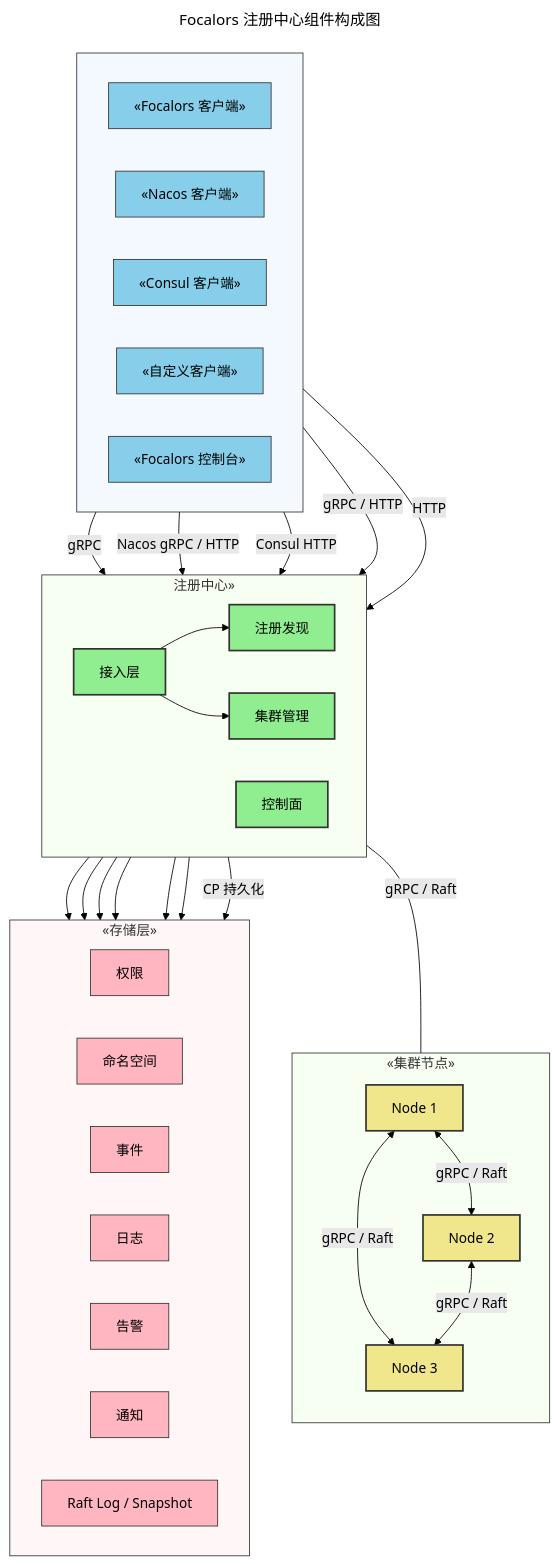
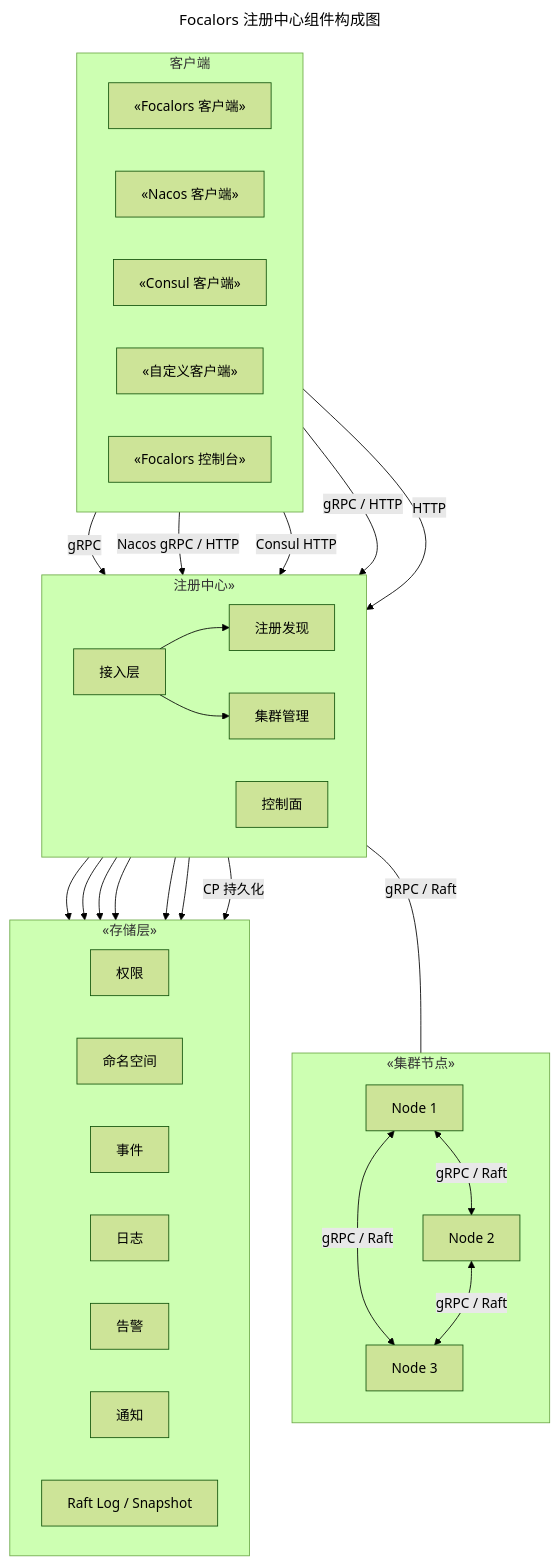
The first of 2 diagrams in README-zh-CN.md (shiyindaxiaojie/eden-microservice), drawn with Mermaid (forest theme) before and after one commit. The commit also changed other lines of this file and 1 other file, not shown here.

````diff
--- a/README-zh-CN.md
+++ b/README-zh-CN.md
@@ -53,7 +30,7 @@
 title: Focalors 注册中心组件构成图
 ---
 flowchart TB
-    subgraph ActiveClients[" "]
+    subgraph ActiveClients["客户端"]
         direction LR
         SDK["«Focalors 客户端»"]
         NACOS["«Nacos 客户端»"]
@@ -109,31 +86,4 @@
     CONTROL --> ALERT
     CONTROL --> NOTICE
     CLUSTER -->|CP 持久化| RAFT
-
-    style ActiveClients fill:#f4f8ff,stroke:#333,stroke-width:1px
-    style SDK fill:#87CEEB,stroke:#333,stroke-width:1px
-    style NACOS fill:#87CEEB,stroke:#333,stroke-width:1px
-    style CONSUL fill:#87CEEB,stroke:#333,stroke-width:1px
-    style CUSTOM fill:#87CEEB,stroke:#333,stroke-width:1px
-    style CONSOLE fill:#87CEEB,stroke:#333,stroke-width:1px
-
-    style REGISTRY fill:#f6fff2,stroke:#333,stroke-width:1px
-    style ACCESS fill:#90EE90,stroke:#333,stroke-width:2px
-    style CATALOG fill:#90EE90,stroke:#333,stroke-width:2px
-    style CONTROL fill:#90EE90,stroke:#333,stroke-width:2px
-    style CLUSTER fill:#90EE90,stroke:#333,stroke-width:2px
-    style PeerNodes fill:#f6fff2,stroke:#333,stroke-width:1px
-    style N1 fill:#F0E68C,stroke:#333,stroke-width:2px
-    style N2 fill:#F0E68C,stroke:#333,stroke-width:2px
-    style N3 fill:#F0E68C,stroke:#333,stroke-width:2px
-
-    style PersistentStore fill:#fff7f7,stroke:#333,stroke-width:1px
-    style RBAC fill:#FFB6C1,stroke:#333,stroke-width:1px
-    style NS fill:#FFB6C1,stroke:#333,stroke-width:1px
-    style EVENT fill:#FFB6C1,stroke:#333,stroke-width:1px
-    style LOG fill:#FFB6C1,stroke:#333,stroke-width:1px
-    style ALERT fill:#FFB6C1,stroke:#333,stroke-width:1px
-    style NOTICE fill:#FFB6C1,stroke:#333,stroke-width:1px
-    style RAFT fill:#FFB6C1,stroke:#333,stroke-width:1px
-
 ```
````
